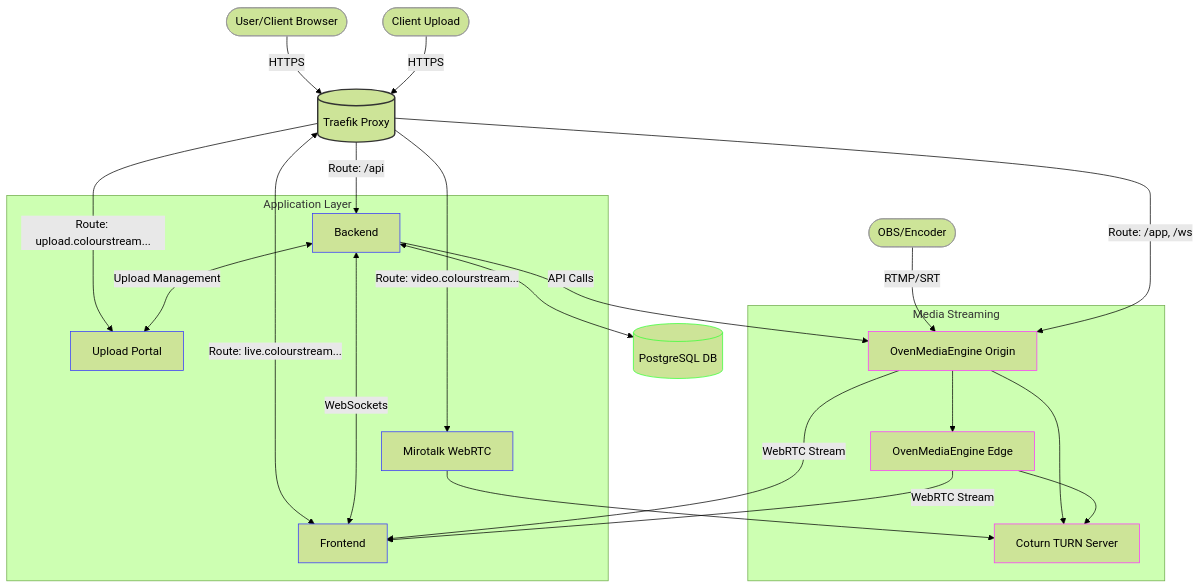
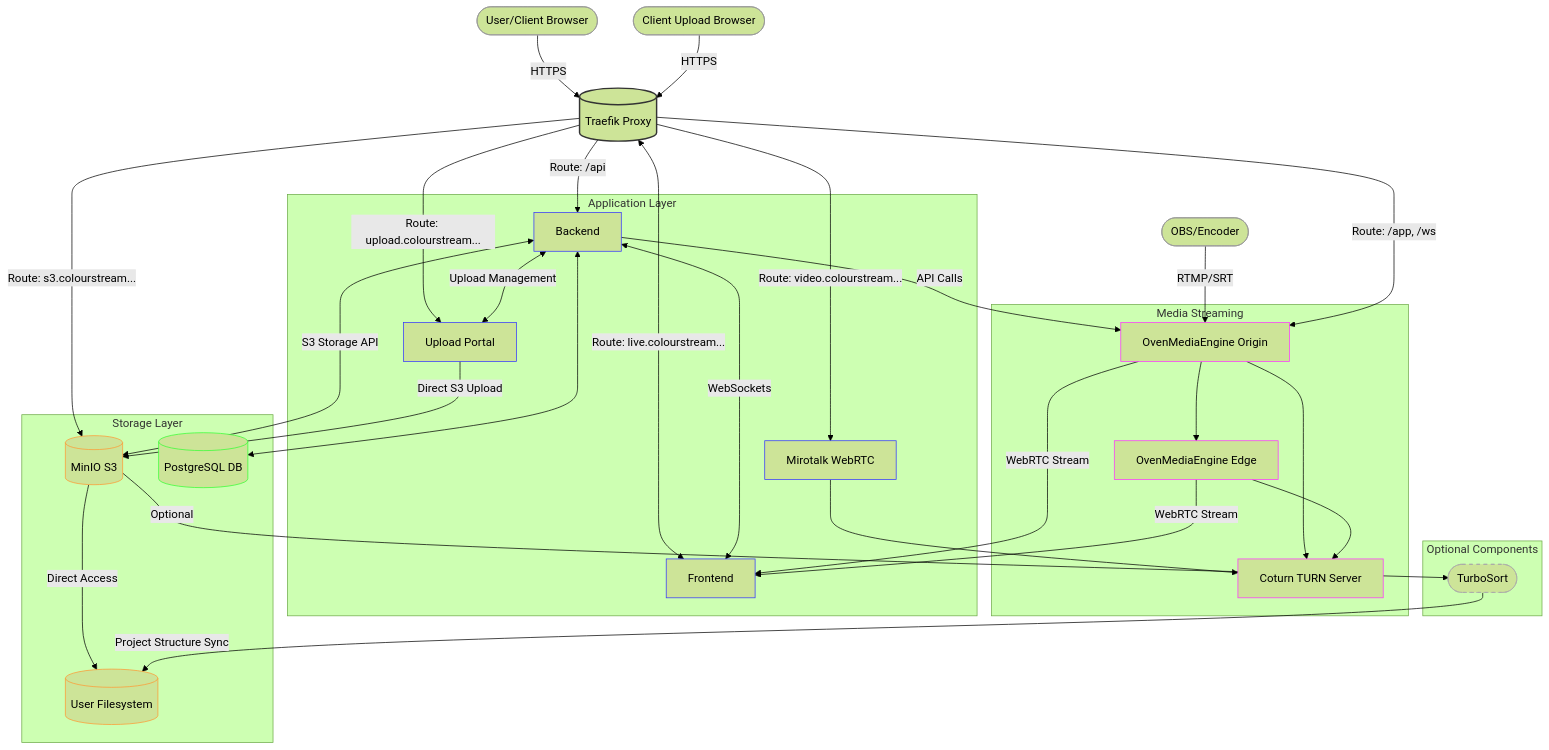
One commit to chaos-dotcom/colourstream changed the diagram in README.md. Above: the diagram before and after it, drawn with Mermaid (forest theme). The commit also changed other lines of this file, not shown here.

Commit message:
diagram chart updates!

````diff
--- a/README.md
+++ b/README.md
@@ -32,57 +32,81 @@
 ```mermaid
 graph TD
     %% Client connections
     Client([User/Client Browser]) --> |HTTPS| Traefik
     OBS([OBS/Encoder]) --> |RTMP/SRT| OME_Origin
-    ClientUpload([Client Upload]) --> |HTTPS| Traefik
+    ClientUpload([Client Upload Browser]) --> |HTTPS| Traefik
     
     %% Traefik routing
     Traefik[(Traefik Proxy)] <--> |Route: live.colourstream...| Frontend
     Traefik --> |Route: /api| Backend
     Traefik --> |Route: video.colourstream...| Mirotalk
     Traefik --> |Route: /app, /ws| OME_Origin
     Traefik --> |Route: upload.colourstream...| UploadPortal
+    Traefik --> |Route: s3.colourstream...| MinIO
     
     %% Backend connections
     Backend <--> PostgreSQL[(PostgreSQL DB)]
     Backend <--> |WebSockets| Frontend
     Backend --> |API Calls| OME_Origin
     Backend <--> |Upload Management| UploadPortal
+    Backend <--> |S3 Storage API| MinIO
+    
+    %% Storage connections
+    UploadPortal --> |Direct S3 Upload| MinIO[(MinIO S3)]
+    
+    %% File processing connections
+    MinIO --> |Optional| TurboSort([TurboSort])
+    MinIO --> |Direct Access| UserFilesystem[(User Filesystem)]
+    TurboSort --> |Project Structure Sync| UserFilesystem
     
     %% Media connections
     OME_Origin[OvenMediaEngine Origin] --> OME_Edge[OvenMediaEngine Edge]
     OME_Origin --> |WebRTC Stream| Frontend
     OME_Edge --> |WebRTC Stream| Frontend
     
     %% WebRTC components
     Mirotalk[Mirotalk WebRTC] --> Coturn[Coturn TURN Server]
     OME_Origin --> Coturn
     OME_Edge --> Coturn
     
     %% Component subgraphs
     subgraph "Media Streaming"
         OME_Origin
         OME_Edge
         Coturn
     end
     
     subgraph "Application Layer"
         Frontend
         Backend
         Mirotalk
         UploadPortal[Upload Portal]
     end
     
+    subgraph "Storage Layer"
+        PostgreSQL
+        MinIO
+        UserFilesystem
+    end
+    
+    subgraph "Optional Components" 
+        TurboSort
+    end
+    
     %% Styling
     classDef proxy fill:,stroke:#333,stroke-width:2px;
     classDef app fill,stroke:#33f,stroke-width:1px;
     classDef db fill:,stroke:#3f3,stroke-width:1px;
+    classDef storage fill:,stroke:#f93,stroke-width:1px;
     classDef media fill:,stroke:#f3f,stroke-width:1px;
     classDef client fill:,stroke:#999,stroke-width:1px;
+    classDef optional fill:,stroke:#aaa,stroke-width:1px,stroke-dasharray: 5 5;
 
     class Traefik proxy;
     class Frontend,Backend,Mirotalk,UploadPortal app;
     class PostgreSQL db;
+    class MinIO,UserFilesystem storage;
     class OME_Origin,OME_Edge,Coturn media;
     class Client,OBS,ClientUpload client;
+    class TurboSort optional;
 ```
````
